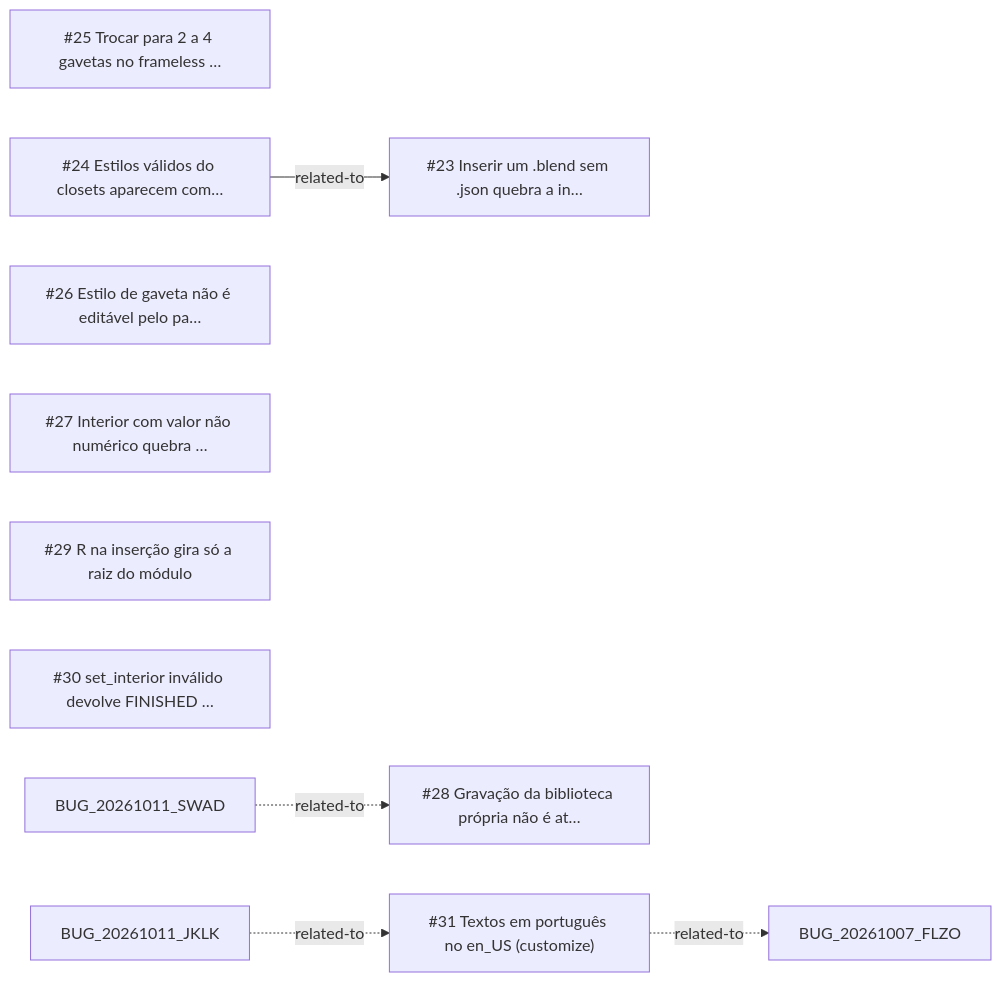
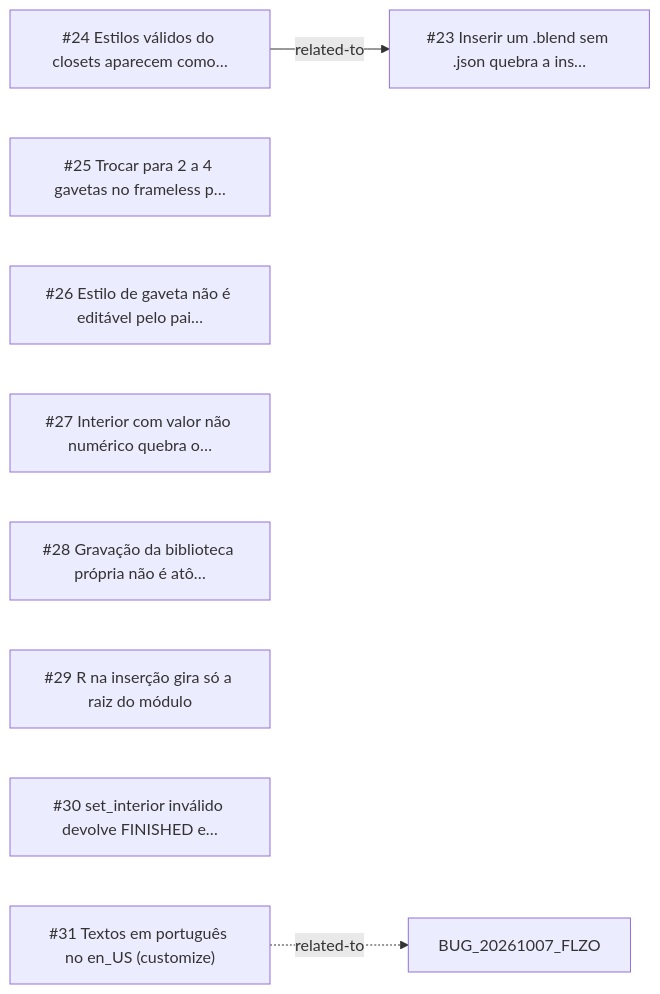
Before and after one commit to CAFFDIGITALPLATFORM/caffmob_draw: the diagram in _reversa_bugs/customize/generated/graph.md, drawn with Mermaid. The commit also changed other lines of this file and 220 other files, not shown here.

````diff
--- a/_reversa_bugs/customize/generated/graph.md
+++ b/_reversa_bugs/customize/generated/graph.md
@@ -5,16 +5,14 @@
 ```mermaid
 graph LR
-  BUG_20261011_J2NY["#23 Inserir um .blend sem .json quebra a in…"]
-  BUG_20261011_UJ5Q["#25 Trocar para 2 a 4 gavetas no frameless …"]
-  BUG_20261011_MRZC["#24 Estilos válidos do closets aparecem com…"]
-  BUG_20261011_XMUG["#26 Estilo de gaveta não é editável pelo pa…"]
-  BUG_20261011_MNX3["#27 Interior com valor não numérico quebra …"]
-  BUG_20261011_OJBL["#28 Gravação da biblioteca própria não é at…"]
+  BUG_20261011_J2NY["#23 Inserir um .blend sem .json quebra a ins…"]
+  BUG_20261011_MRZC["#24 Estilos válidos do closets aparecem como…"]
+  BUG_20261011_UJ5Q["#25 Trocar para 2 a 4 gavetas no frameless p…"]
+  BUG_20261011_XMUG["#26 Estilo de gaveta não é editável pelo pai…"]
+  BUG_20261011_MNX3["#27 Interior com valor não numérico quebra o…"]
+  BUG_20261011_OJBL["#28 Gravação da biblioteca própria não é atô…"]
   BUG_20261011_GL62["#29 R na inserção gira só a raiz do módulo"]
-  BUG_20261011_ODY2["#30 set_interior inválido devolve FINISHED …"]
+  BUG_20261011_ODY2["#30 set_interior inválido devolve FINISHED e…"]
   BUG_20261011_35HE["#31 Textos em português no en_US (customize)"]
+  BUG_20261011_MRZC -->|related-to| BUG_20261011_J2NY
   BUG_20261011_35HE -.->|related-to| BUG_20261007_FLZO
-  BUG_20261011_MRZC -->|related-to| BUG_20261011_J2NY
-  BUG_20261011_SWAD -.->|related-to| BUG_20261011_OJBL
-  BUG_20261011_JKLK -.->|related-to| BUG_20261011_35HE
 ```
````
